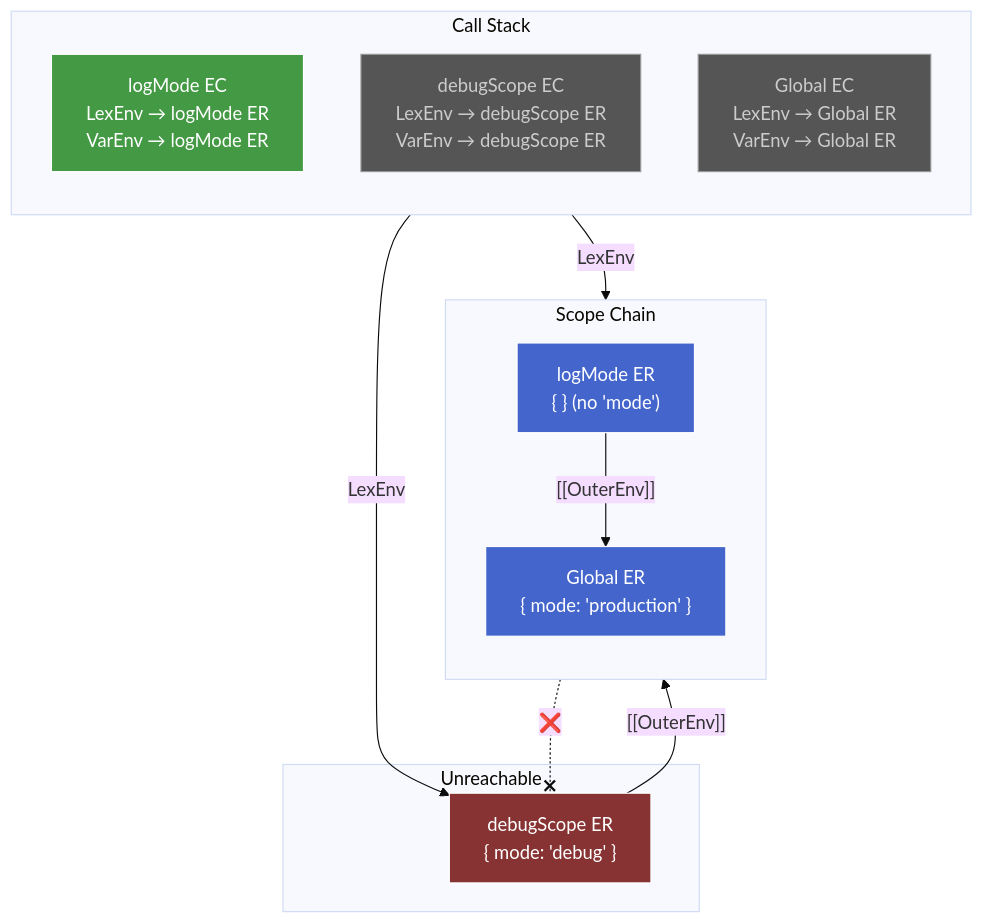
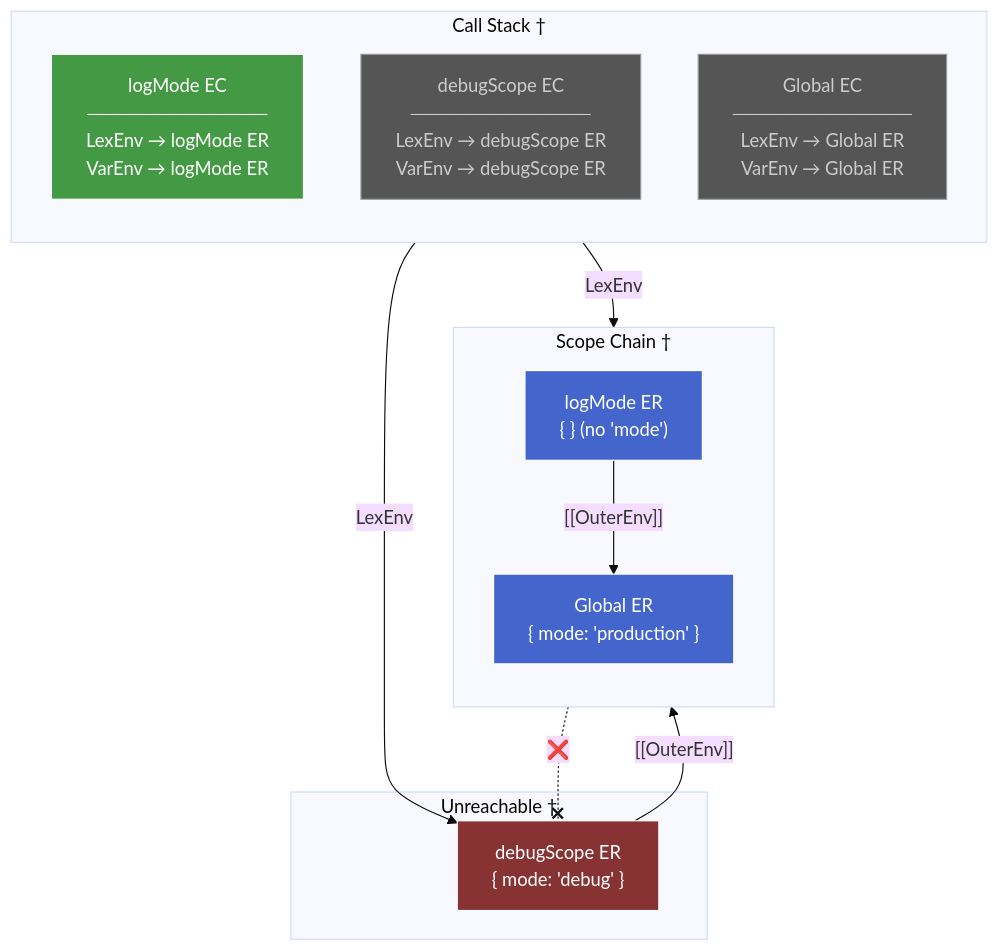
One commit to kltduong/study-notes changed the third of 3 diagrams in courses/js-vars-scope/lexical-scoping-draft.md. Above: the diagram before and after it, drawn with Mermaid (base theme). The commit also changed other lines of this file, not shown here.

````diff
--- a/courses/js-vars-scope/lexical-scoping-draft.md
+++ b/courses/js-vars-scope/lexical-scoping-draft.md
@@ -275,34 +275,34 @@
 ```mermaid
 flowchart TB
-  subgraph CS["Call Stack"]
+  subgraph CS["Call Stack †"]
     direction TB
-    EC_LOG["logMode EC<br/>LexEnv → logMode ER<br/>VarEnv → logMode ER"]
-    EC_DEBUG["debugScope EC<br/>LexEnv → debugScope ER<br/>VarEnv → debugScope ER"]
-    EC_GLOBAL["Global EC<br/>LexEnv → Global ER<br/>VarEnv → Global ER"]
+    EC_LOG["logMode EC<br/>─────────────<br/>LexEnv → logMode ER<br/>VarEnv → logMode ER"]
+    EC_DEBUG["debugScope EC<br/>─────────────<br/>LexEnv → debugScope ER<br/>VarEnv → debugScope ER"]
+    EC_GLOBAL["Global EC<br/>─────────────<br/>LexEnv → Global ER<br/>VarEnv → Global ER"]
   end
 
-  subgraph SC["Scope Chain"]
+  subgraph SC["Scope Chain †"]
     direction TB
     ER_LOG["logMode ER<br/>{ } (no 'mode')"]
     ER_GLOBAL["Global ER<br/>{ mode: 'production' }"]
   end
 
-  subgraph X["Unreachable"]
+  subgraph UR["Unreachable †"]
     ER_DEBUG["debugScope ER<br/>{ mode: 'debug' }"]
   end
 
   EC_LOG -->|"LexEnv"| ER_LOG
   ER_LOG -->|"[[OuterEnv]]"| ER_GLOBAL
 
   EC_DEBUG -->|"LexEnv"| ER_DEBUG
   ER_DEBUG -->|"[[OuterEnv]]"| ER_GLOBAL
 
   ER_LOG -.-x|"❌"| ER_DEBUG
 
   style EC_LOG fill:#494,stroke:#fff,color:#fff
   style EC_DEBUG fill:#555,stroke:#999,color:#ccc
   style EC_GLOBAL fill:#555,stroke:#999,color:#ccc
   style ER_LOG fill:#46c,stroke:#fff,color:#fff
   style ER_GLOBAL fill:#46c,stroke:#fff,color:#fff
   style ER_DEBUG fill:#833,stroke:#fff,color:#fff
 ```
````
